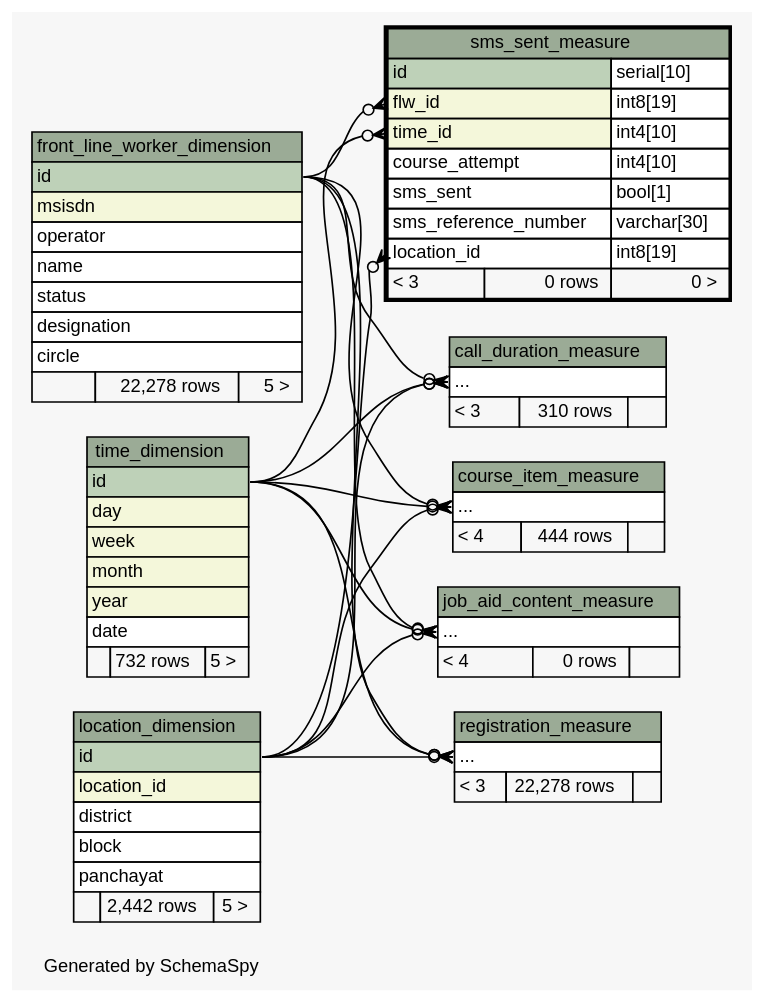
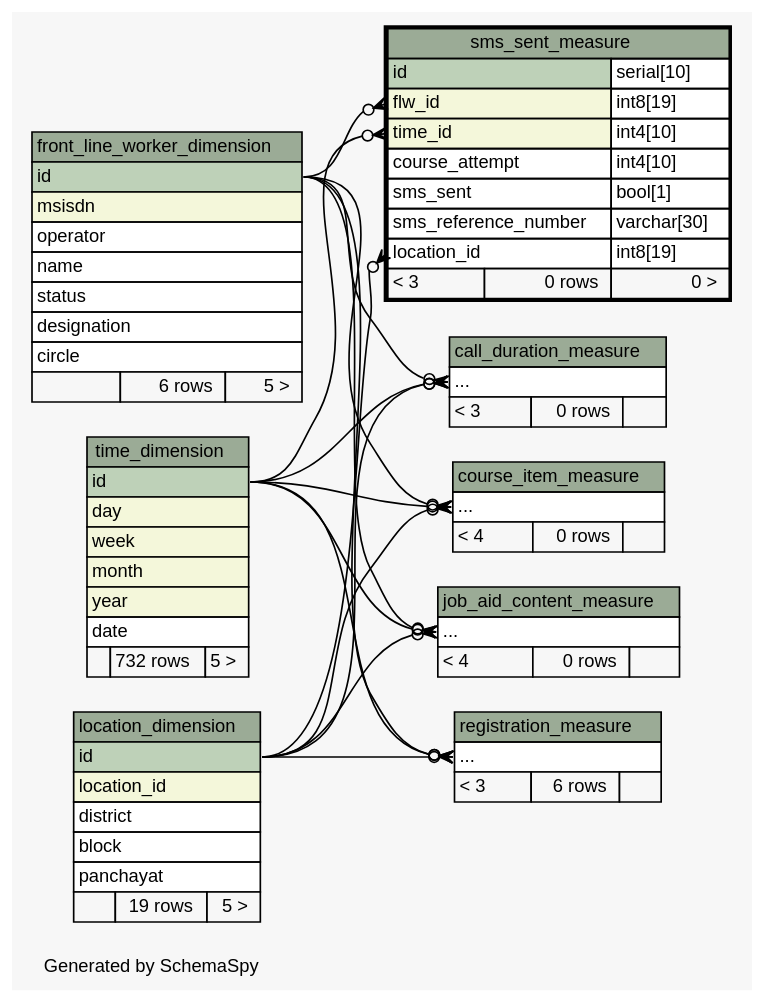
The diagram in ananya-report/build/schemaspy-output/diagrams/sms_sent_measure.2degrees.dot (motech/ananya), drawn with Graphviz before and after one commit. The commit also changed 76 other files, not shown here.

```diff
--- a/ananya-report/build/schemaspy-output/diagrams/sms_sent_measure.2degrees.dot
+++ b/ananya-report/build/schemaspy-output/diagrams/sms_sent_measure.2degrees.dot
@@ -1,138 +1,138 @@
 // dot 2.26.3 on Linux 2.6.38-11-generic-pae
 // SchemaSpy rev 590
 digraph "twoDegreesRelationshipsDiagram" {
   graph [
     rankdir="RL"
     bgcolor="#f7f7f7"
     label="\nGenerated by SchemaSpy"
     labeljust="l"
     nodesep="0.18"
     ranksep="0.46"
     fontname="Helvetica"
     fontsize="11"
   ];
   node [
     fontname="Helvetica"
     fontsize="11"
     shape="plaintext"
   ];
   edge [
     arrowsize="0.8"
   ];
   "call_duration_measure":"elipses":w -> "front_line_worker_dimension":"id":e [arrowhead=none dir=back arrowtail=crowodot];
   "call_duration_measure":"elipses":w -> "location_dimension":"id":e [arrowhead=none dir=back arrowtail=crowodot];
   "call_duration_measure":"elipses":w -> "time_dimension":"id":e [arrowhead=none dir=back arrowtail=crowodot];
   "course_item_measure":"elipses":w -> "front_line_worker_dimension":"id":e [arrowhead=none dir=back arrowtail=crowodot];
   "course_item_measure":"elipses":w -> "location_dimension":"id":e [arrowhead=none dir=back arrowtail=crowodot];
   "course_item_measure":"elipses":w -> "time_dimension":"id":e [arrowhead=none dir=back arrowtail=crowodot];
   "job_aid_content_measure":"elipses":w -> "front_line_worker_dimension":"id":e [arrowhead=none dir=back arrowtail=crowodot];
   "job_aid_content_measure":"elipses":w -> "location_dimension":"id":e [arrowhead=none dir=back arrowtail=crowodot];
   "job_aid_content_measure":"elipses":w -> "time_dimension":"id":e [arrowhead=none dir=back arrowtail=crowodot];
   "registration_measure":"elipses":w -> "front_line_worker_dimension":"id":e [arrowhead=none dir=back arrowtail=crowodot];
   "registration_measure":"elipses":w -> "location_dimension":"id":e [arrowhead=none dir=back arrowtail=crowodot];
   "registration_measure":"elipses":w -> "time_dimension":"id":e [arrowhead=none dir=back arrowtail=crowodot];
   "sms_sent_measure":"flw_id":w -> "front_line_worker_dimension":"id":e [arrowhead=none dir=back arrowtail=crowodot];
   "sms_sent_measure":"location_id":w -> "location_dimension":"id":e [arrowhead=none dir=back arrowtail=crowodot];
   "sms_sent_measure":"time_id":w -> "time_dimension":"id":e [arrowhead=none dir=back arrowtail=crowodot];
   "call_duration_measure" [
     label=<
     <TABLE BORDER="0" CELLBORDER="1" CELLSPACING="0" BGCOLOR="#ffffff">
       <TR><TD COLSPAN="3" BGCOLOR="#9bab96" ALIGN="CENTER">call_duration_measure</TD></TR>
       <TR><TD PORT="elipses" COLSPAN="3" ALIGN="LEFT">...</TD></TR>
-      <TR><TD ALIGN="LEFT" BGCOLOR="#f7f7f7">&lt; 3</TD><TD ALIGN="RIGHT" BGCOLOR="#f7f7f7">310 rows</TD><TD ALIGN="RIGHT" BGCOLOR="#f7f7f7">  </TD></TR>
+      <TR><TD ALIGN="LEFT" BGCOLOR="#f7f7f7">&lt; 3</TD><TD ALIGN="RIGHT" BGCOLOR="#f7f7f7">0 rows</TD><TD ALIGN="RIGHT" BGCOLOR="#f7f7f7">  </TD></TR>
     </TABLE>>
     URL="call_duration_measure.html"
     tooltip="call_duration_measure"
   ];
   "course_item_measure" [
     label=<
     <TABLE BORDER="0" CELLBORDER="1" CELLSPACING="0" BGCOLOR="#ffffff">
       <TR><TD COLSPAN="3" BGCOLOR="#9bab96" ALIGN="CENTER">course_item_measure</TD></TR>
       <TR><TD PORT="elipses" COLSPAN="3" ALIGN="LEFT">...</TD></TR>
-      <TR><TD ALIGN="LEFT" BGCOLOR="#f7f7f7">&lt; 4</TD><TD ALIGN="RIGHT" BGCOLOR="#f7f7f7">444 rows</TD><TD ALIGN="RIGHT" BGCOLOR="#f7f7f7">  </TD></TR>
+      <TR><TD ALIGN="LEFT" BGCOLOR="#f7f7f7">&lt; 4</TD><TD ALIGN="RIGHT" BGCOLOR="#f7f7f7">0 rows</TD><TD ALIGN="RIGHT" BGCOLOR="#f7f7f7">  </TD></TR>
     </TABLE>>
     URL="course_item_measure.html"
     tooltip="course_item_measure"
   ];
   "front_line_worker_dimension" [
     label=<
     <TABLE BORDER="0" CELLBORDER="1" CELLSPACING="0" BGCOLOR="#ffffff">
       <TR><TD COLSPAN="3" BGCOLOR="#9bab96" ALIGN="CENTER">front_line_worker_dimension</TD></TR>
       <TR><TD PORT="id" COLSPAN="3" BGCOLOR="#bed1b8" ALIGN="LEFT">id</TD></TR>
       <TR><TD PORT="msisdn" COLSPAN="3" BGCOLOR="#f4f7da" ALIGN="LEFT">msisdn</TD></TR>
       <TR><TD PORT="operator" COLSPAN="3" ALIGN="LEFT">operator</TD></TR>
       <TR><TD PORT="name" COLSPAN="3" ALIGN="LEFT">name</TD></TR>
       <TR><TD PORT="status" COLSPAN="3" ALIGN="LEFT">status</TD></TR>
       <TR><TD PORT="designation" COLSPAN="3" ALIGN="LEFT">designation</TD></TR>
       <TR><TD PORT="circle" COLSPAN="3" ALIGN="LEFT">circle</TD></TR>
-      <TR><TD ALIGN="LEFT" BGCOLOR="#f7f7f7">  </TD><TD ALIGN="RIGHT" BGCOLOR="#f7f7f7">22,278 rows</TD><TD ALIGN="RIGHT" BGCOLOR="#f7f7f7">5 &gt;</TD></TR>
+      <TR><TD ALIGN="LEFT" BGCOLOR="#f7f7f7">  </TD><TD ALIGN="RIGHT" BGCOLOR="#f7f7f7">6 rows</TD><TD ALIGN="RIGHT" BGCOLOR="#f7f7f7">5 &gt;</TD></TR>
     </TABLE>>
     URL="front_line_worker_dimension.html"
     tooltip="front_line_worker_dimension"
   ];
   "job_aid_content_measure" [
     label=<
     <TABLE BORDER="0" CELLBORDER="1" CELLSPACING="0" BGCOLOR="#ffffff">
       <TR><TD COLSPAN="3" BGCOLOR="#9bab96" ALIGN="CENTER">job_aid_content_measure</TD></TR>
       <TR><TD PORT="elipses" COLSPAN="3" ALIGN="LEFT">...</TD></TR>
       <TR><TD ALIGN="LEFT" BGCOLOR="#f7f7f7">&lt; 4</TD><TD ALIGN="RIGHT" BGCOLOR="#f7f7f7">0 rows</TD><TD ALIGN="RIGHT" BGCOLOR="#f7f7f7">  </TD></TR>
     </TABLE>>
     URL="job_aid_content_measure.html"
     tooltip="job_aid_content_measure"
   ];
   "location_dimension" [
     label=<
     <TABLE BORDER="0" CELLBORDER="1" CELLSPACING="0" BGCOLOR="#ffffff">
       <TR><TD COLSPAN="3" BGCOLOR="#9bab96" ALIGN="CENTER">location_dimension</TD></TR>
       <TR><TD PORT="id" COLSPAN="3" BGCOLOR="#bed1b8" ALIGN="LEFT">id</TD></TR>
       <TR><TD PORT="location_id" COLSPAN="3" BGCOLOR="#f4f7da" ALIGN="LEFT">location_id</TD></TR>
       <TR><TD PORT="district" COLSPAN="3" ALIGN="LEFT">district</TD></TR>
       <TR><TD PORT="block" COLSPAN="3" ALIGN="LEFT">block</TD></TR>
       <TR><TD PORT="panchayat" COLSPAN="3" ALIGN="LEFT">panchayat</TD></TR>
-      <TR><TD ALIGN="LEFT" BGCOLOR="#f7f7f7">  </TD><TD ALIGN="RIGHT" BGCOLOR="#f7f7f7">2,442 rows</TD><TD ALIGN="RIGHT" BGCOLOR="#f7f7f7">5 &gt;</TD></TR>
+      <TR><TD ALIGN="LEFT" BGCOLOR="#f7f7f7">  </TD><TD ALIGN="RIGHT" BGCOLOR="#f7f7f7">19 rows</TD><TD ALIGN="RIGHT" BGCOLOR="#f7f7f7">5 &gt;</TD></TR>
     </TABLE>>
     URL="location_dimension.html"
     tooltip="location_dimension"
   ];
   "registration_measure" [
     label=<
     <TABLE BORDER="0" CELLBORDER="1" CELLSPACING="0" BGCOLOR="#ffffff">
       <TR><TD COLSPAN="3" BGCOLOR="#9bab96" ALIGN="CENTER">registration_measure</TD></TR>
       <TR><TD PORT="elipses" COLSPAN="3" ALIGN="LEFT">...</TD></TR>
-      <TR><TD ALIGN="LEFT" BGCOLOR="#f7f7f7">&lt; 3</TD><TD ALIGN="RIGHT" BGCOLOR="#f7f7f7">22,278 rows</TD><TD ALIGN="RIGHT" BGCOLOR="#f7f7f7">  </TD></TR>
+      <TR><TD ALIGN="LEFT" BGCOLOR="#f7f7f7">&lt; 3</TD><TD ALIGN="RIGHT" BGCOLOR="#f7f7f7">6 rows</TD><TD ALIGN="RIGHT" BGCOLOR="#f7f7f7">  </TD></TR>
     </TABLE>>
     URL="registration_measure.html"
     tooltip="registration_measure"
   ];
   "sms_sent_measure" [
     label=<
     <TABLE BORDER="2" CELLBORDER="1" CELLSPACING="0" BGCOLOR="#ffffff">
       <TR><TD COLSPAN="3" BGCOLOR="#9bab96" ALIGN="CENTER">sms_sent_measure</TD></TR>
       <TR><TD PORT="id" COLSPAN="2" BGCOLOR="#bed1b8" ALIGN="LEFT">id</TD><TD PORT="id.type" ALIGN="LEFT">serial[10]</TD></TR>
       <TR><TD PORT="flw_id" COLSPAN="2" BGCOLOR="#f4f7da" ALIGN="LEFT">flw_id</TD><TD PORT="flw_id.type" ALIGN="LEFT">int8[19]</TD></TR>
       <TR><TD PORT="time_id" COLSPAN="2" BGCOLOR="#f4f7da" ALIGN="LEFT">time_id</TD><TD PORT="time_id.type" ALIGN="LEFT">int4[10]</TD></TR>
       <TR><TD PORT="course_attempt" COLSPAN="2" ALIGN="LEFT">course_attempt</TD><TD PORT="course_attempt.type" ALIGN="LEFT">int4[10]</TD></TR>
       <TR><TD PORT="sms_sent" COLSPAN="2" ALIGN="LEFT">sms_sent</TD><TD PORT="sms_sent.type" ALIGN="LEFT">bool[1]</TD></TR>
       <TR><TD PORT="sms_reference_number" COLSPAN="2" ALIGN="LEFT">sms_reference_number</TD><TD PORT="sms_reference_number.type" ALIGN="LEFT">varchar[30]</TD></TR>
       <TR><TD PORT="location_id" COLSPAN="2" ALIGN="LEFT">location_id</TD><TD PORT="location_id.type" ALIGN="LEFT">int8[19]</TD></TR>
       <TR><TD ALIGN="LEFT" BGCOLOR="#f7f7f7">&lt; 3</TD><TD ALIGN="RIGHT" BGCOLOR="#f7f7f7">0 rows</TD><TD ALIGN="RIGHT" BGCOLOR="#f7f7f7">0 &gt;</TD></TR>
     </TABLE>>
     URL="sms_sent_measure.html"
     tooltip="sms_sent_measure"
   ];
   "time_dimension" [
     label=<
     <TABLE BORDER="0" CELLBORDER="1" CELLSPACING="0" BGCOLOR="#ffffff">
       <TR><TD COLSPAN="3" BGCOLOR="#9bab96" ALIGN="CENTER">time_dimension</TD></TR>
       <TR><TD PORT="id" COLSPAN="3" BGCOLOR="#bed1b8" ALIGN="LEFT">id</TD></TR>
       <TR><TD PORT="day" COLSPAN="3" BGCOLOR="#f4f7da" ALIGN="LEFT">day</TD></TR>
       <TR><TD PORT="week" COLSPAN="3" BGCOLOR="#f4f7da" ALIGN="LEFT">week</TD></TR>
       <TR><TD PORT="month" COLSPAN="3" BGCOLOR="#f4f7da" ALIGN="LEFT">month</TD></TR>
       <TR><TD PORT="year" COLSPAN="3" BGCOLOR="#f4f7da" ALIGN="LEFT">year</TD></TR>
       <TR><TD PORT="date" COLSPAN="3" ALIGN="LEFT">date</TD></TR>
       <TR><TD ALIGN="LEFT" BGCOLOR="#f7f7f7">  </TD><TD ALIGN="RIGHT" BGCOLOR="#f7f7f7">732 rows</TD><TD ALIGN="RIGHT" BGCOLOR="#f7f7f7">5 &gt;</TD></TR>
     </TABLE>>
     URL="time_dimension.html"
     tooltip="time_dimension"
   ];
 }
```
